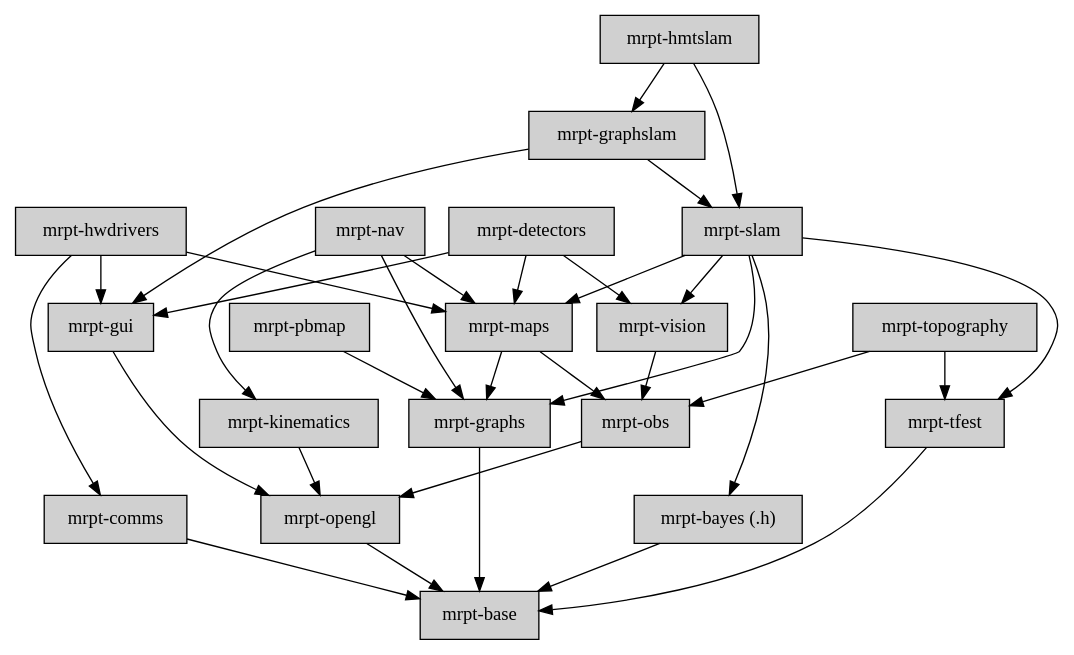
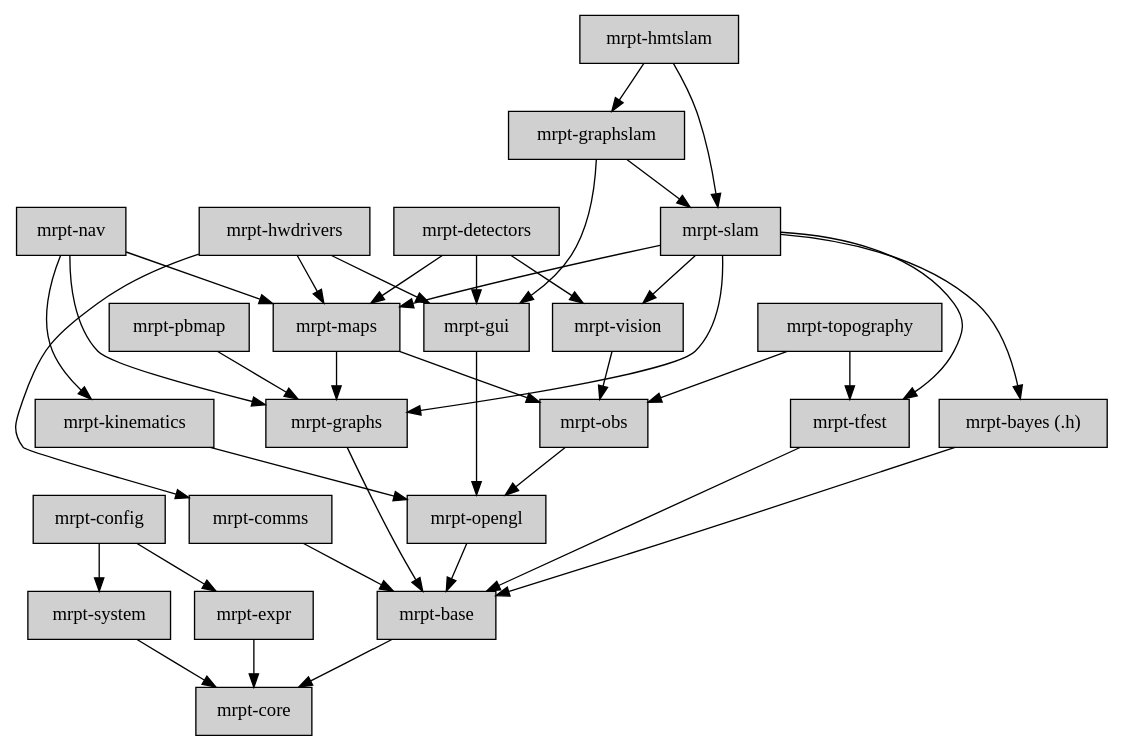
Before and after one commit to MRPT/mrpt: the diagram in doc/design_of_images/graph_mrpt_libs.dot, drawn with Graphviz. The commit also changed 138 other files, not shown here.

```diff
--- a/doc/design_of_images/graph_mrpt_libs.dot
+++ b/doc/design_of_images/graph_mrpt_libs.dot
@@ -1,77 +1,88 @@
 digraph MRPT_LIBS {
 
 	node [shape=box,style=filled, fillcolor="#D0D0D0"];
 
+	core       [label="mrpt-core",URL="group__mrpt__core__grp.html"];
+	
+	expr       [label="mrpt-expr",URL="group__mrpt__expr__grp.html"];
+	expr -> core;
+	
+	system     [label="mrpt-system",URL="group__mrpt__system__grp.html"];
+	system -> core;
+	
+	config     [label="mrpt-config",URL="group__mrpt__config__grp.html"];
+	config -> expr;
+	config -> system;
+	
 	base       [label="mrpt-base",URL="group__mrpt__base__grp.html"];
+	base -> core;
+	
 	comms      [label="mrpt-comms",URL="group__mrpt__comms__grp.html"];
+	comms -> base;
+	
 	graphs     [label="mrpt-graphs",URL="group__mrpt__graphs__grp.html"];
+	graphs -> base;
+	
 	bayes      [label="mrpt-bayes (.h)",URL="group__mrpt__bayes__grp.html"];
-	opengl     [label="mrpt-opengl", URL="group__mrpt__opengl__grp.html"];
-	gui        [label="mrpt-gui",URL="group__mrpt__gui__grp.html"];
-	obs        [label="mrpt-obs",URL="group__mrpt__obs__grp.html"];
-	hwdrivers  [label="mrpt-hwdrivers",URL="group__mrpt__hwdrivers__grp.html"];
-	topography [label="mrpt-topography",URL="group__mrpt__topography__grp.html"];
-	maps       [label="mrpt-maps",URL="group__mrpt__maps__grp.html"];
-	vision     [label="mrpt-vision",URL="group__mrpt__vision__grp.html"];
-	tfest      [label="mrpt-tfest",URL="group__mrpt__tfest__grp.html"];
-
-	slam       [label="mrpt-slam",URL="group__mrpt__slam__grp.html"];
-	graphslam  [label="mrpt-graphslam",URL="group__mrpt__graphslam__grp.html"];
-
-	hmtslam    [label="mrpt-hmtslam",URL="group__mrpt__hmtslam__grp.html"];
-	nav        [label="mrpt-nav",URL="group__mrpt__nav__grp.html"];
-
-	detectors  [label="mrpt-detectors",URL="group__mrpt__detectors__grp.html"];
-
-	kinematics [label="mrpt-kinematics",URL="group__mrpt__kinematics__grp.html"];
-
-	pbmap      [label="mrpt-pbmap",URL="group__mrpt__pbmap__grp.html"];
-
-	pbmap -> graphs;
-
-	kinematics -> opengl;
-
-	graphs -> base;
-	tfest -> base;
-	comms -> base;
-
 	bayes -> base;
 
+	opengl     [label="mrpt-opengl", URL="group__mrpt__opengl__grp.html"];
 	opengl -> base;
 
+	gui        [label="mrpt-gui",URL="group__mrpt__gui__grp.html"];
+	gui -> opengl;
+
+	obs        [label="mrpt-obs",URL="group__mrpt__obs__grp.html"];
 	obs -> opengl;
 
-	gui -> opengl;
-
+	hwdrivers  [label="mrpt-hwdrivers",URL="group__mrpt__hwdrivers__grp.html"];
 	hwdrivers -> gui;
 	hwdrivers -> maps;
 	hwdrivers -> comms;
 
+	topography [label="mrpt-topography",URL="group__mrpt__topography__grp.html"];
 	topography -> obs;
 	topography -> tfest;
 
-	vision -> obs;
-
+	maps       [label="mrpt-maps",URL="group__mrpt__maps__grp.html"];
 	maps -> obs;
 	maps -> graphs;
 
+	vision     [label="mrpt-vision",URL="group__mrpt__vision__grp.html"];
+	vision -> obs;
+
+	tfest      [label="mrpt-tfest",URL="group__mrpt__tfest__grp.html"];
+	tfest -> base;
+
+	slam       [label="mrpt-slam",URL="group__mrpt__slam__grp.html"];
 	slam -> maps;
 	slam -> vision;
 	slam -> tfest;
 	slam -> bayes;
 	slam -> graphs;
 
+	graphslam  [label="mrpt-graphslam",URL="group__mrpt__graphslam__grp.html"];
 	graphslam -> slam;
 	graphslam -> gui;
 
+	hmtslam    [label="mrpt-hmtslam",URL="group__mrpt__hmtslam__grp.html"];
+	hmtslam -> slam;
+	hmtslam -> graphslam;
+
+	nav        [label="mrpt-nav",URL="group__mrpt__nav__grp.html"];
+	nav -> maps;
+	nav -> graphs;
+	nav -> kinematics;
+
+	detectors  [label="mrpt-detectors",URL="group__mrpt__detectors__grp.html"];
 	detectors -> vision;
 	detectors -> maps;
 	detectors -> gui;
 
-	hmtslam -> slam;
-	hmtslam -> graphslam;
+	kinematics [label="mrpt-kinematics",URL="group__mrpt__kinematics__grp.html"];
+	kinematics -> opengl;
 
-	nav -> maps;
-	nav -> graphs;
-	nav -> kinematics;
+	pbmap      [label="mrpt-pbmap",URL="group__mrpt__pbmap__grp.html"];
+	pbmap -> graphs;
+
 }
```
